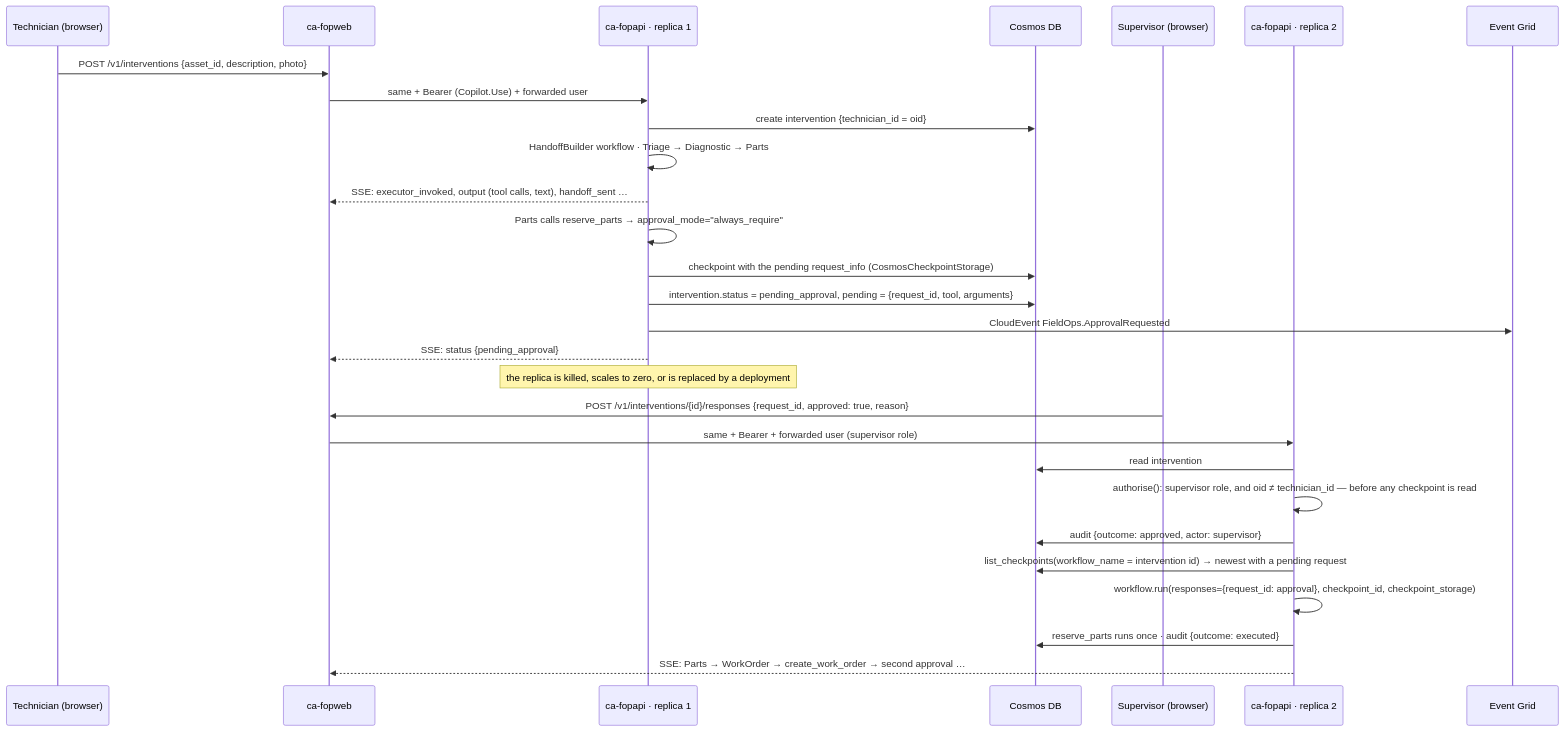
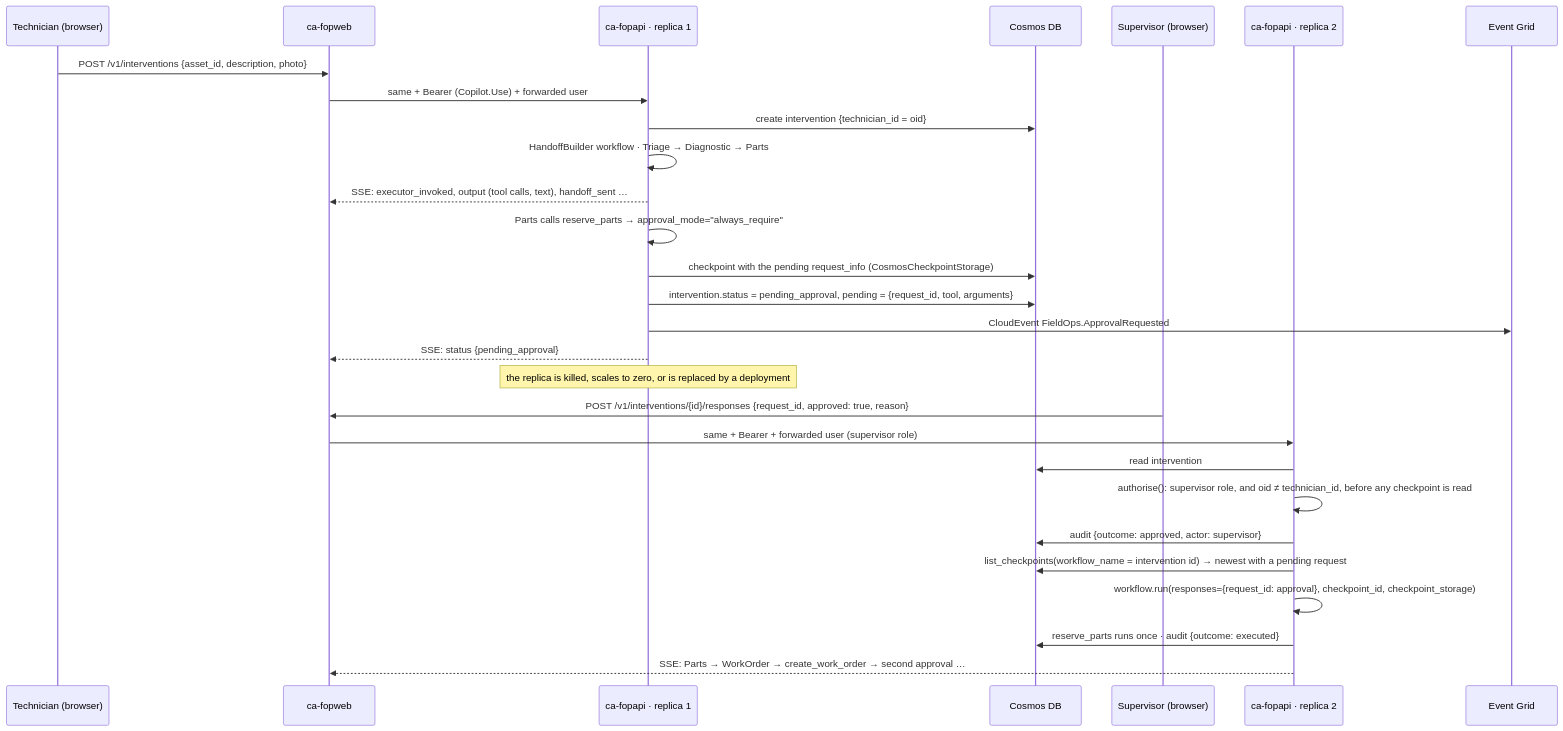
Before and after one commit to Rodrigo-GomezdelMoral/azure-field-operations-copilot: the third of 3 diagrams in docs/architecture.md, drawn with Mermaid. The commit also changed other lines of this file and 28 other files, not shown here.

````diff
--- a/docs/architecture.md
+++ b/docs/architecture.md
@@ -90,30 +90,30 @@
 ```mermaid
 sequenceDiagram
     participant T as Technician (browser)
     participant W as ca-fopweb
     participant A1 as ca-fopapi · replica 1
     participant C as Cosmos DB
     participant S as Supervisor (browser)
     participant A2 as ca-fopapi · replica 2
     participant E as Event Grid
     T->>W: POST /v1/interventions {asset_id, description, photo}
     W->>A1: same + Bearer (Copilot.Use) + forwarded user
     A1->>C: create intervention {technician_id = oid}
     A1->>A1: HandoffBuilder workflow · Triage → Diagnostic → Parts
     A1-->>W: SSE: executor_invoked, output (tool calls, text), handoff_sent …
     A1->>A1: Parts calls reserve_parts → approval_mode="always_require"
     A1->>C: checkpoint with the pending request_info (CosmosCheckpointStorage)
     A1->>C: intervention.status = pending_approval, pending = {request_id, tool, arguments}
     A1->>E: CloudEvent FieldOps.ApprovalRequested
     A1-->>W: SSE: status {pending_approval}
     Note over A1: the replica is killed, scales to zero, or is replaced by a deployment
     S->>W: POST /v1/interventions/{id}/responses {request_id, approved: true, reason}
     W->>A2: same + Bearer + forwarded user (supervisor role)
     A2->>C: read intervention
-    A2->>A2: authorise(): supervisor role, and oid ≠ technician_id — before any checkpoint is read
+    A2->>A2: authorise(): supervisor role, and oid ≠ technician_id, before any checkpoint is read
     A2->>C: audit {outcome: approved, actor: supervisor}
     A2->>C: list_checkpoints(workflow_name = intervention id) → newest with a pending request
     A2->>A2: workflow.run(responses={request_id: approval}, checkpoint_id, checkpoint_storage)
     A2->>C: reserve_parts runs once · audit {outcome: executed}
     A2-->>W: SSE: Parts → WorkOrder → create_work_order → second approval …
 ```
````
